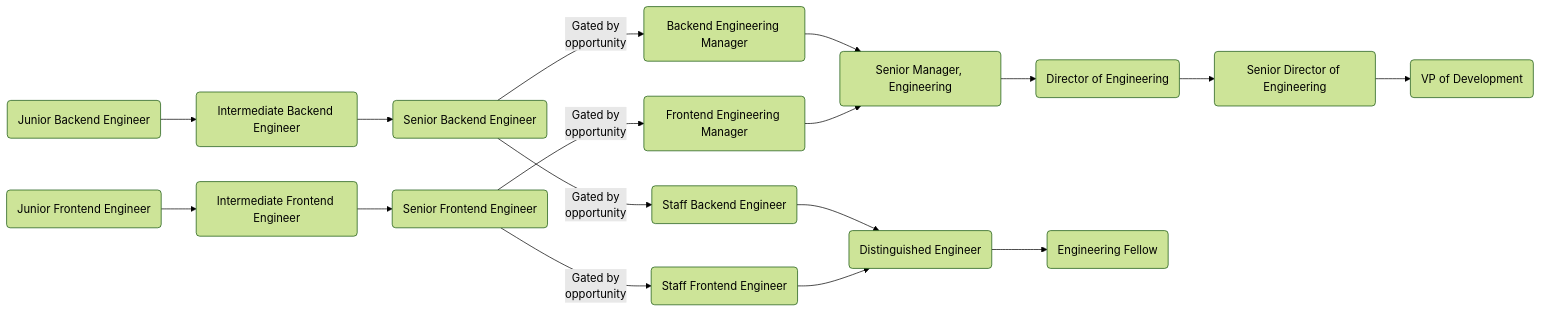
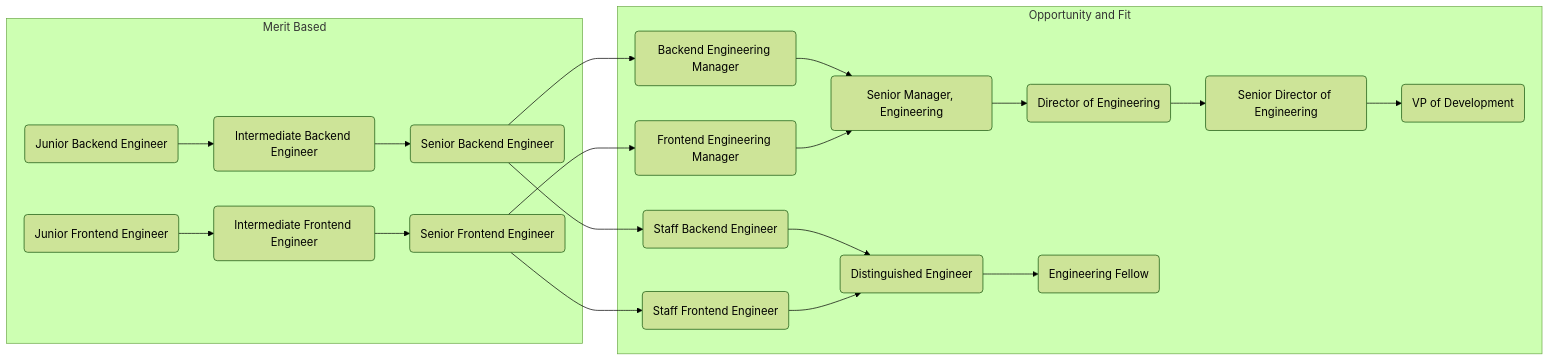
The first of 6 diagrams in career-development/index.html.md (secretstartups/handbook), drawn with Mermaid (forest theme) before and after one commit. The commit also changed other lines of this file, not shown here.

Commit message:
Added subgraphs to all mermaid diagrams

````diff
--- a/career-development/index.html.md
+++ b/career-development/index.html.md
@@ -108,61 +108,68 @@
 ```mermaid
   graph LR;
   %% frontend roles
   eng:jfe(Junior Frontend Engineer);
   click eng:jfe "/job-families/engineering/development/frontend#junior-frontend-engineer";
 
   eng:ife(Intermediate Frontend Engineer);
   click eng:ife "/job-families/engineering/development/frontend/#intermediate-frontend-engineer";
 
   eng:sfe(Senior Frontend Engineer);
   click eng:sfe "/job-families/engineering/development/frontend/#senior-frontend-engineer";
 
   eng:stf(Staff Frontend Engineer);
   click eng:stf "/job-families/engineering/development/frontend/#staff-frontend-engineer";
 
   eng:fem(Frontend Engineering Manager);
   click eng:fem "/job-families/engineering/development/frontend/manager";
 
   %% backend roles
   eng:jbe(Junior Backend Engineer);
   click eng:jbe "/job-families/engineering/development/backend/#junior-backend-engineer";
 
   eng:ibe(Intermediate Backend Engineer);
   click eng:ibe "/job-families/engineering/development/backend/#backend-engineer";
 
   eng:sbe(Senior Backend Engineer);
   click eng:sbe "/job-families/engineering/development/backend/#senior-backend-engineer";
 
   eng:stb(Staff Backend Engineer);
   click eng:stb "/job-families/engineering/development/backend/#staff-backend-engineer";
 
   eng:bem(Backend Engineering Manager);
   click eng:bem "/job-families/engineering/development/backend/manager";
 
 
   %% engineering leadership
   eng:sme(Senior Manager, Engineering);
   click eng:sme "/job-families/engineering/engineering-management/#senior-manager-development";
 
   eng:dir(Director of Engineering);
   click eng:dir "/job-families/engineering/engineering-management/#director-development";
 
   eng:dis(Distinguished Engineer);
   click eng:dis "/job-families/engineering/engineering-management/#distinguished-engineer";
 
   eng:sde(Senior Director of Engineering);
   click eng:sde "/job-families/engineering/engineering-management/#senior-director-development";
 
   eng:vpd(VP of Development);
   click eng:vpd "/job-families/engineering/engineering-management/#vp-of-development";
 
   eng:fel(Engineering Fellow);
   click eng:fel "/job-families/engineering/engineering-management/#engineering-fellow";
 
   %% career progression
-  eng:jfe-->eng:ife-->eng:sfe--Gated by<br/>opportunity-->eng:stf & eng:fem
-  eng:jbe-->eng:ibe-->eng:sbe--Gated by<br/>opportunity-->eng:stb & eng:bem;
+  subgraph Opportunity and Fit
+  eng:stf & eng:fem
+  eng:stb & eng:bem;
+  
   eng:bem & eng:fem-->eng:sme-->eng:dir-->eng:sde-->eng:vpd;
   eng:stb & eng:stf-->eng:dis-->eng:fel;
+  end
+  subgraph Merit Based
+  eng:jfe-->eng:ife-->eng:sfe-->eng:stf & eng:fem
+  eng:jbe-->eng:ibe-->eng:sbe-->eng:stb & eng:bem;
+  end
 
 ```
````
